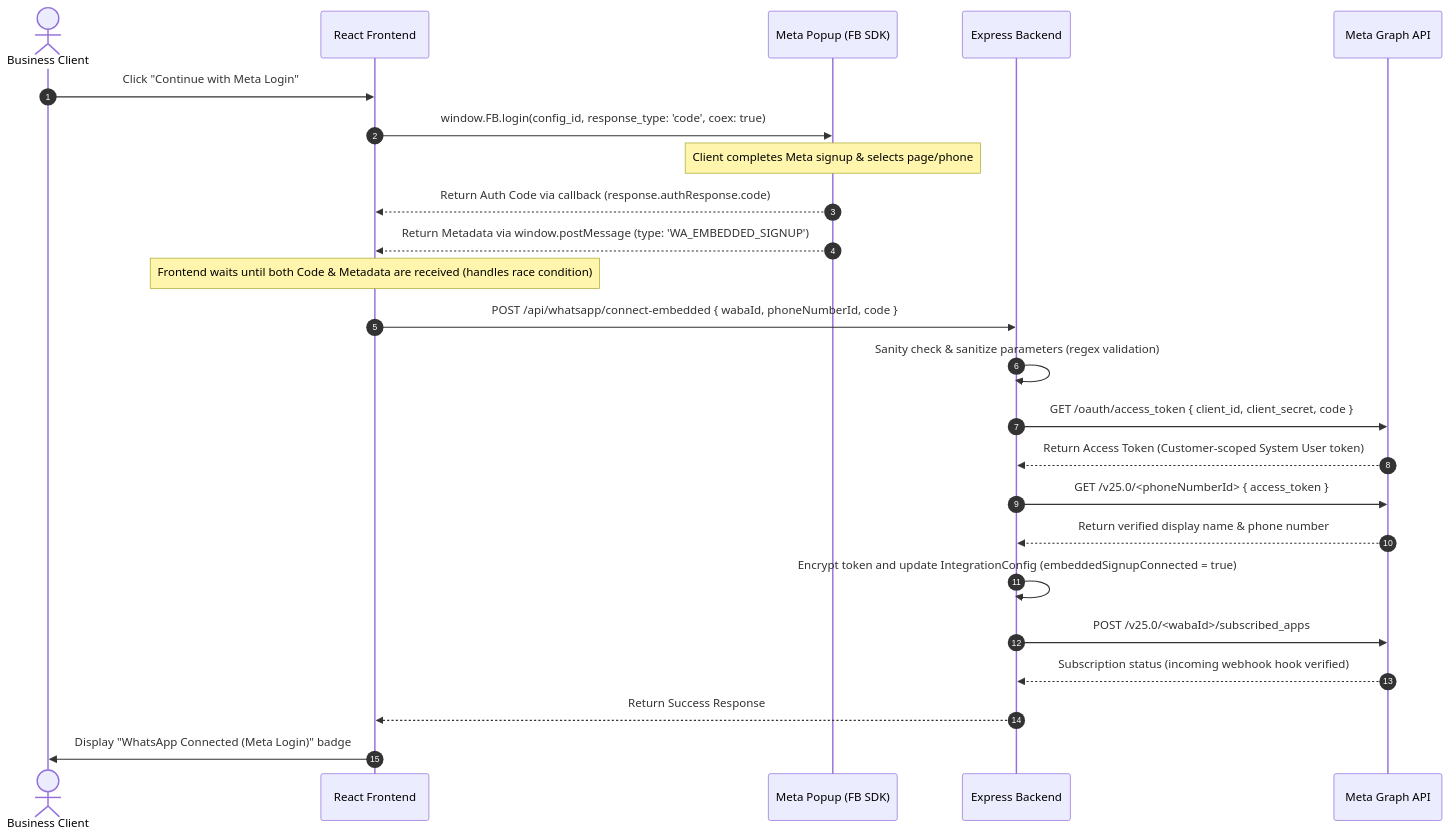
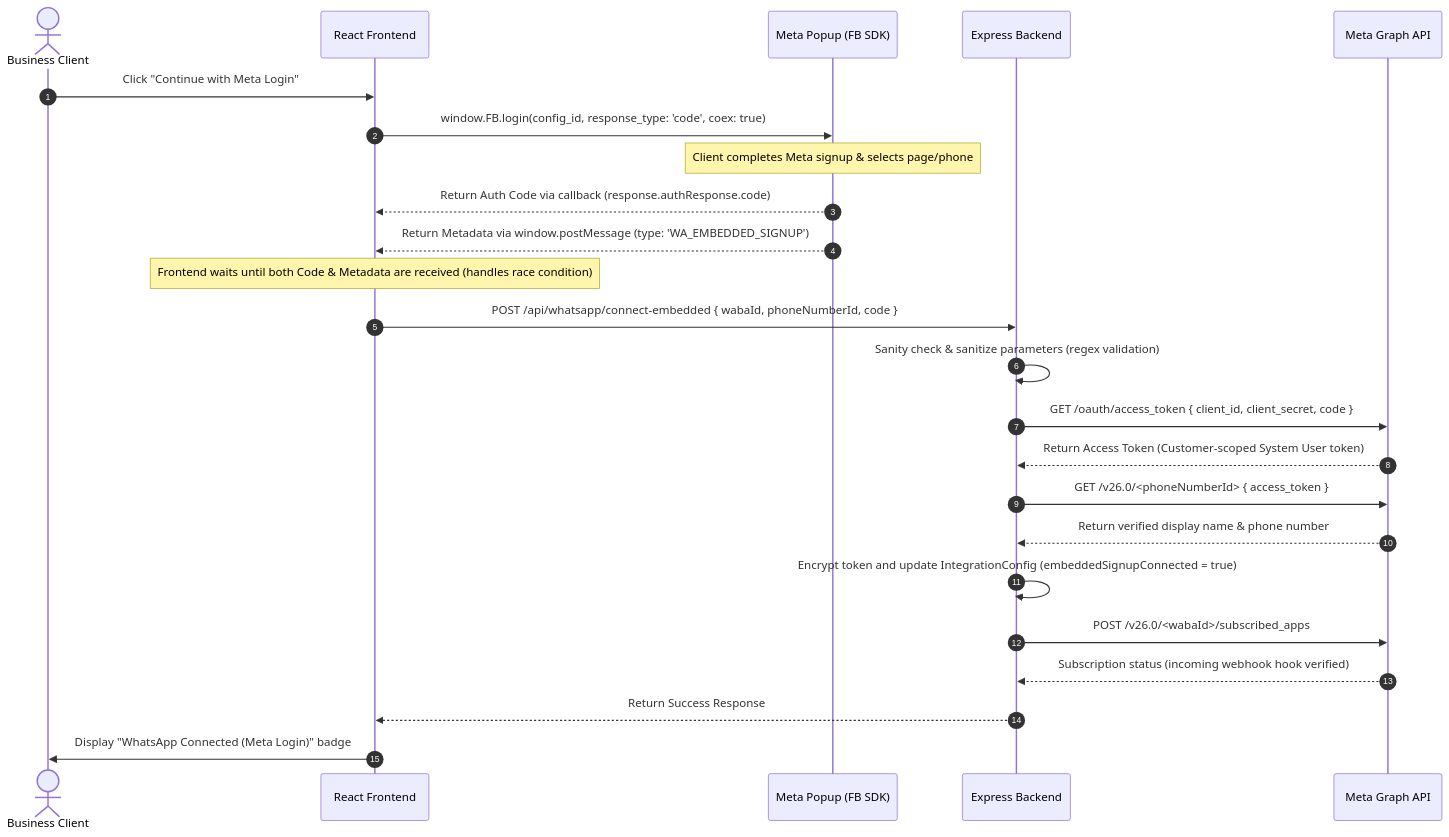
Before and after one commit to adfliker32-manav/crm-app: the diagram in docs/META_ONBOARDING_SETUP.md, drawn with Mermaid. The commit also changed other lines of this file and 24 other files, not shown here.

````diff
--- a/docs/META_ONBOARDING_SETUP.md
+++ b/docs/META_ONBOARDING_SETUP.md
@@ -65,27 +65,27 @@
 ```mermaid
 sequenceDiagram
     autonumber
     actor User as Business Client
     participant FE as React Frontend
     participant FB as Meta Popup (FB SDK)
     participant BE as Express Backend
     participant Meta as Meta Graph API
 
     User->>FE: Click "Continue with Meta Login"
     FE->>FB: window.FB.login(config_id, response_type: 'code', coex: true)
     Note over FB: Client completes Meta signup & selects page/phone
     FB-->>FE: Return Auth Code via callback (response.authResponse.code)
     FB-->>FE: Return Metadata via window.postMessage (type: 'WA_EMBEDDED_SIGNUP')
     Note over FE: Frontend waits until both Code & Metadata are received (handles race condition)
     FE->>BE: POST /api/whatsapp/connect-embedded { wabaId, phoneNumberId, code }
     BE->>BE: Sanity check & sanitize parameters (regex validation)
     BE->>Meta: GET /oauth/access_token { client_id, client_secret, code }
     Meta-->>BE: Return Access Token (Customer-scoped System User token)
-    BE->>Meta: GET /v25.0/<phoneNumberId> { access_token }
+    BE->>Meta: GET /v26.0/<phoneNumberId> { access_token }
     Meta-->>BE: Return verified display name & phone number
     BE->>BE: Encrypt token and update IntegrationConfig (embeddedSignupConnected = true)
-    BE->>Meta: POST /v25.0/<wabaId>/subscribed_apps
+    BE->>Meta: POST /v26.0/<wabaId>/subscribed_apps
     Meta-->>BE: Subscription status (incoming webhook hook verified)
     BE-->>FE: Return Success Response
     FE->>User: Display "WhatsApp Connected (Meta Login)" badge
 ```
````
